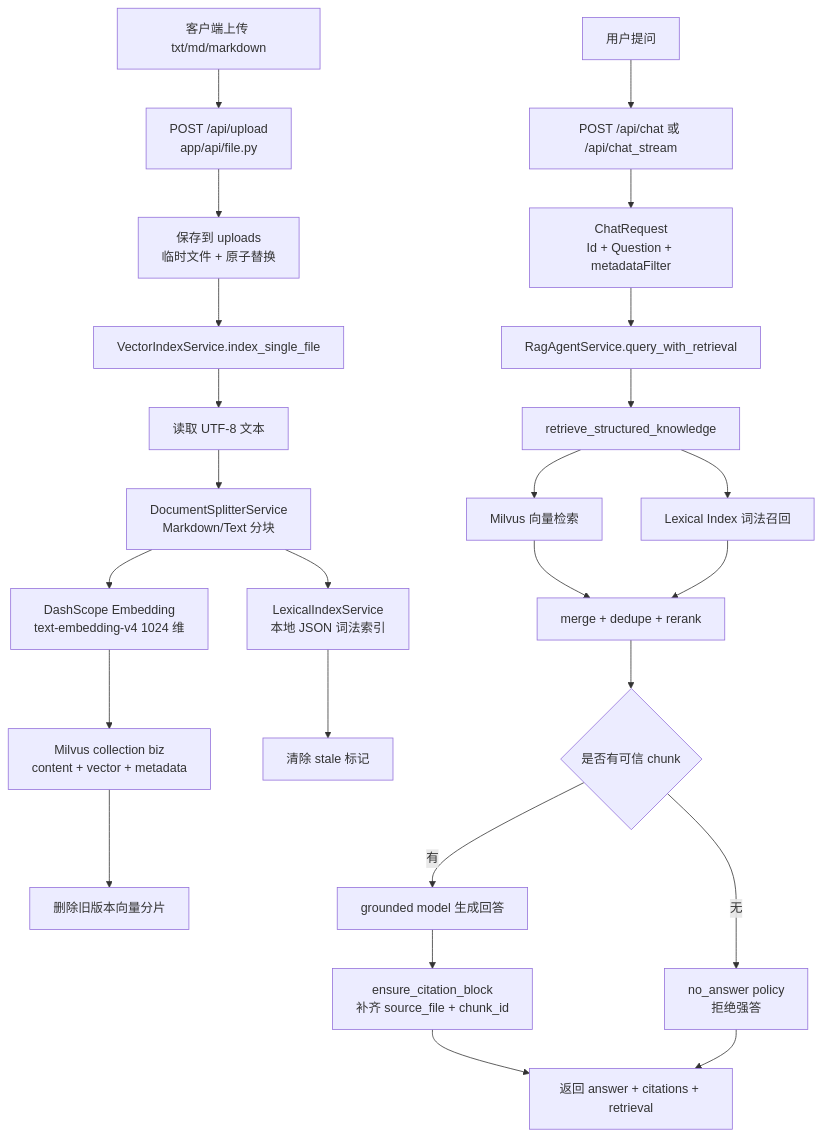
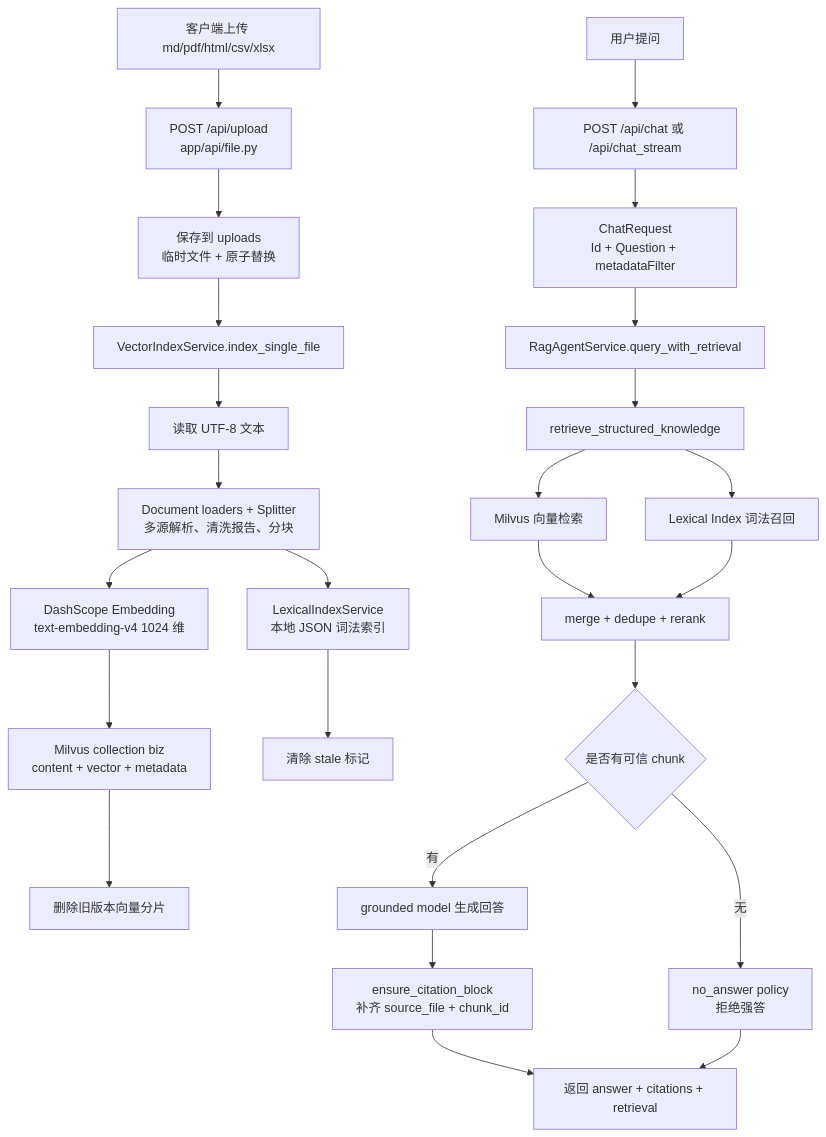
The diagram in 文档/技术长文/第八篇-知识库检索增强问答链路.md (Aurora923-ctrl/AutoOnCall), drawn with Mermaid before and after one commit. The commit also changed other lines of this file and 61 other files, not shown here.

````diff
--- a/文档/技术长文/第八篇-知识库检索增强问答链路.md
+++ b/文档/技术长文/第八篇-知识库检索增强问答链路.md
@@ -31,28 +32,28 @@
 ```mermaid
 flowchart TD
-    A["客户端上传 txt/md/markdown"] --> B["POST /api/upload<br/>app/api/file.py"]
+    A["客户端上传 md/pdf/html/csv/xlsx"] --> B["POST /api/upload<br/>app/api/file.py"]
     B --> C["保存到 uploads<br/>临时文件 + 原子替换"]
     C --> D["VectorIndexService.index_single_file"]
     D --> E["读取 UTF-8 文本"]
-    E --> F["DocumentSplitterService<br/>Markdown/Text 分块"]
+    E --> F["Document loaders + Splitter<br/>多源解析、清洗报告、分块"]
     F --> G["DashScope Embedding<br/>text-embedding-v4 1024 维"]
     G --> H["Milvus collection biz<br/>content + vector + metadata"]
     F --> I["LexicalIndexService<br/>本地 JSON 词法索引"]
     H --> J["删除旧版本向量分片"]
     I --> K["清除 stale 标记"]
 
     L["用户提问"] --> M["POST /api/chat 或 /api/chat_stream"]
     M --> N["ChatRequest<br/>Id + Question + metadataFilter"]
     N --> O["RagAgentService.query_with_retrieval"]
     O --> P["retrieve_structured_knowledge"]
     P --> Q["Milvus 向量检索"]
     P --> R["Lexical Index 词法召回"]
     Q --> S["merge + dedupe + rerank"]
     R --> S
     S --> T{"是否有可信 chunk"}
     T -->|有| U["grounded model 生成回答"]
     U --> V["ensure_citation_block<br/>补齐 source_file + chunk_id"]
     T -->|无| W["no_answer policy<br/>拒绝强答"]
     V --> X["返回 answer + citations + retrieval"]
     W --> X
 ```
````
